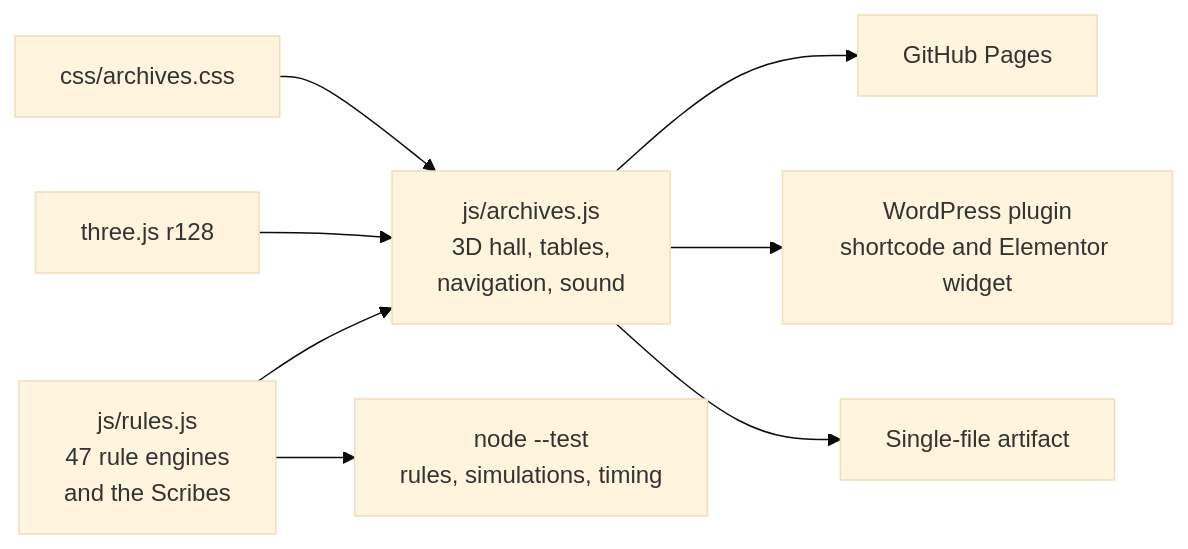
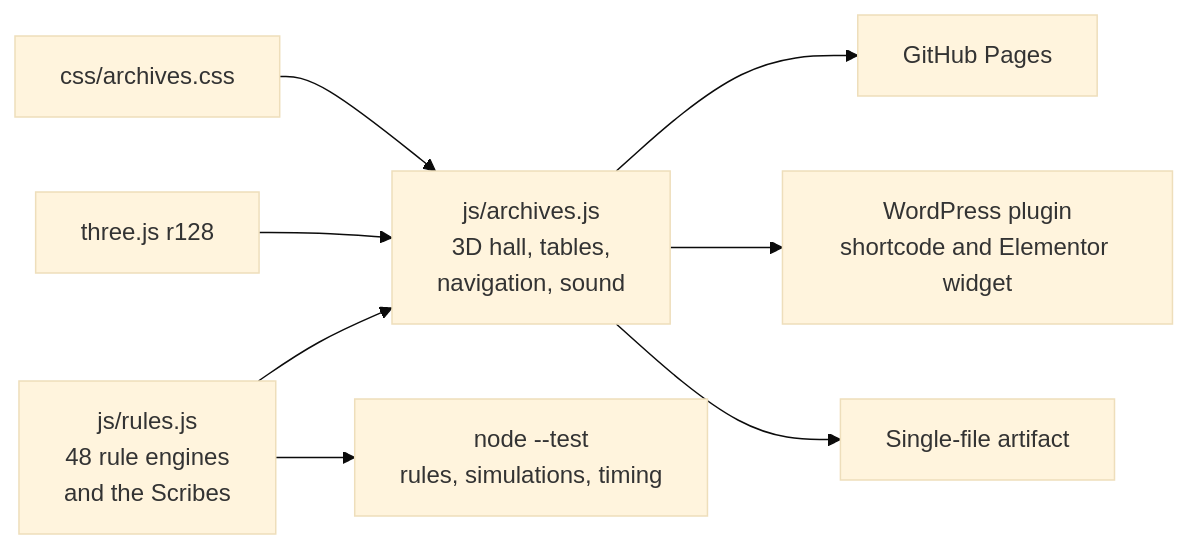
One commit to CptNope/Librarium-Archives changed the second of 2 diagrams in README.md. Above: the diagram before and after it, drawn with Mermaid (base theme). The commit also changed other lines of this file and 13 other files, not shown here.

````diff
--- a/README.md
+++ b/README.md
@@ -41,10 +41,10 @@
 ```mermaid
 flowchart LR
-    rules["js/rules.js<br/>47 rule engines<br/>and the Scribes"] --> hall["js/archives.js<br/>3D hall, tables,<br/>navigation, sound"]
+    rules["js/rules.js<br/>48 rule engines<br/>and the Scribes"] --> hall["js/archives.js<br/>3D hall, tables,<br/>navigation, sound"]
     three["three.js r128"] --> hall
     css["css/archives.css"] --> hall
     hall --> site["GitHub Pages"]
     hall --> plugin["WordPress plugin<br/>shortcode and Elementor widget"]
     hall --> artifact["Single-file artifact"]
     rules --> tests["node --test<br/>rules, simulations, timing"]
 ```
````
